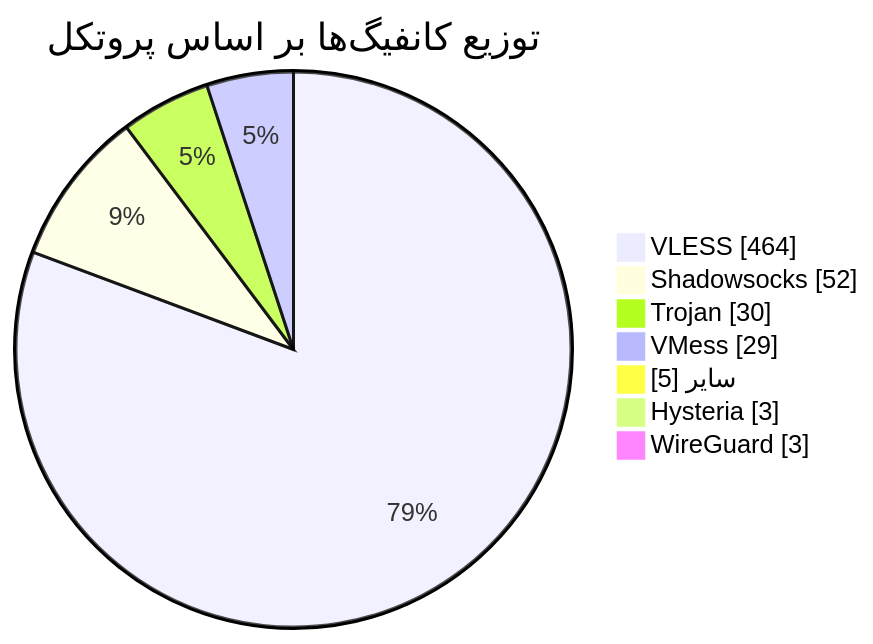
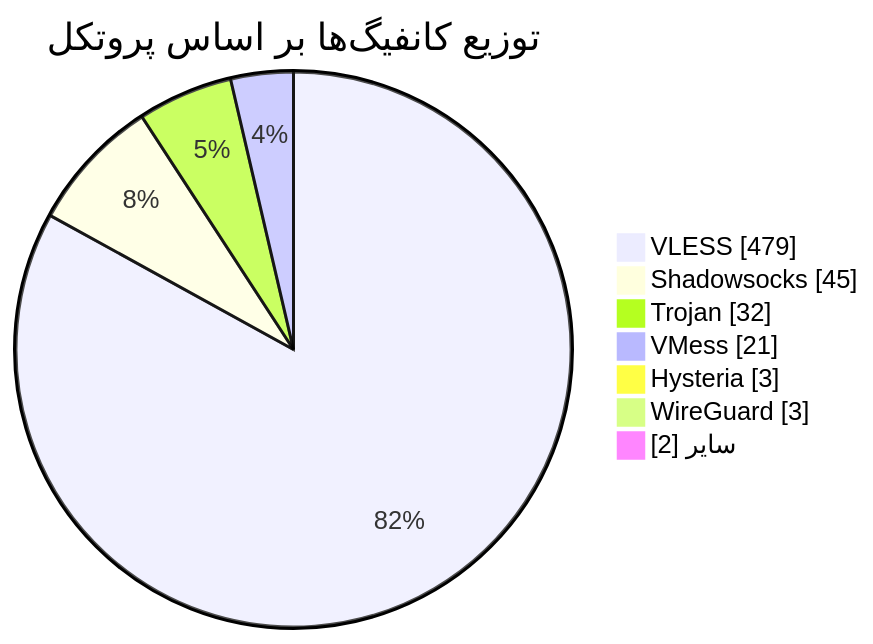
Before and after one commit to Arian-Alijani/Somthing: the diagram in README.md, drawn with Mermaid. The commit also changed other lines of this file and 17 other files, not shown here.

````diff
--- a/README.md
+++ b/README.md
@@ -49,11 +49,11 @@
 ```mermaid
 pie showData
     title توزیع کانفیگ‌ها بر اساس پروتکل
-    "VLESS" : 464
-    "Shadowsocks" : 52
-    "Trojan" : 30
-    "VMess" : 29
-    "سایر" : 5
+    "VLESS" : 479
+    "Shadowsocks" : 45
+    "Trojan" : 32
+    "VMess" : 21
     "Hysteria" : 3
     "WireGuard" : 3
+    "سایر" : 2
 ```
````
